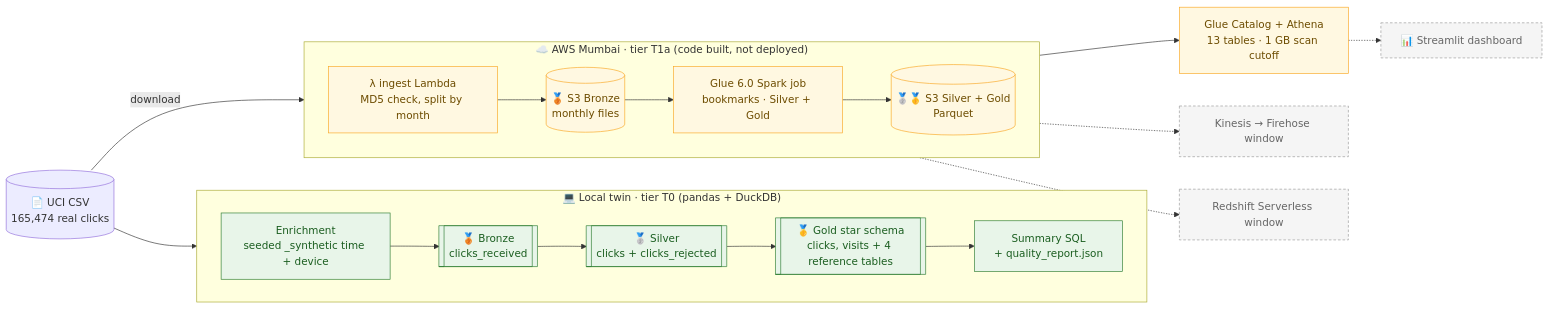
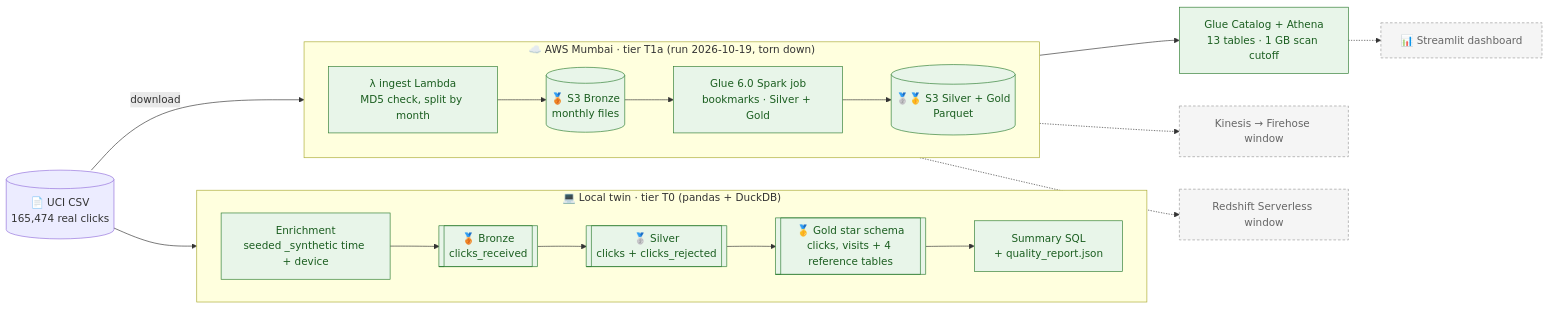
One commit to deepan-mehta-analytics/aws-clickstream-analytics changed the diagram in README.md. Above: the diagram before and after it, drawn with Mermaid. The commit also changed other lines of this file and 13 other files, not shown here.

````diff
--- a/README.md
+++ b/README.md
@@ -135,37 +137,35 @@
 ```mermaid
 flowchart LR
     CSV[("📄 UCI CSV<br/>165,474 real clicks")]
 
     subgraph T0["💻 Local twin · tier T0 (pandas + DuckDB)"]
         direction LR
         ENR["Enrichment<br/>seeded _synthetic time + device"]
         B0[["🥉 Bronze<br/>clicks_received"]]
         S0[["🥈 Silver<br/>clicks + clicks_rejected"]]
         G0[["🥇 Gold star schema<br/>clicks, visits + 4 reference tables"]]
         SUM["Summary SQL<br/>+ quality_report.json"]
         ENR --> B0 --> S0 --> G0 --> SUM
     end
 
-    subgraph T1A["☁️ AWS Mumbai · tier T1a (code built, not deployed)"]
+    subgraph T1A["☁️ AWS Mumbai · tier T1a (run 2026-10-19, torn down)"]
         direction LR
         LAM["λ ingest Lambda<br/>MD5 check, split by month"]
         S3B[("🥉 S3 Bronze<br/>monthly files")]
         GLUE["Glue 6.0 Spark job<br/>bookmarks · Silver + Gold"]
         S3G[("🥈🥇 S3 Silver + Gold<br/>Parquet")]
         LAM --> S3B --> GLUE --> S3G
     end
 
     CSV --> ENR
     CSV -->|download| LAM
     S3G --> CAT["Glue Catalog + Athena<br/>13 tables · 1 GB scan cutoff"]
     CAT -.-> DASH["📊 Streamlit dashboard"]
     S3B -.-> STREAM["Kinesis → Firehose window"]
     S3G -.-> RS["Redshift Serverless window"]
 
     classDef done fill:#e8f5e9,stroke:#2e7d32,color:#1b5e20
-    classDef built fill:#fff8e1,stroke:#f9a825,color:#6d4c00
     classDef planned fill:#f5f5f5,stroke:#999,stroke-dasharray:4 3,color:#666
-    class ENR,B0,S0,G0,SUM done
-    class LAM,S3B,GLUE,S3G,CAT built
+    class ENR,B0,S0,G0,SUM,LAM,S3B,GLUE,S3G,CAT done
     class DASH,STREAM,RS planned
 ```
````
